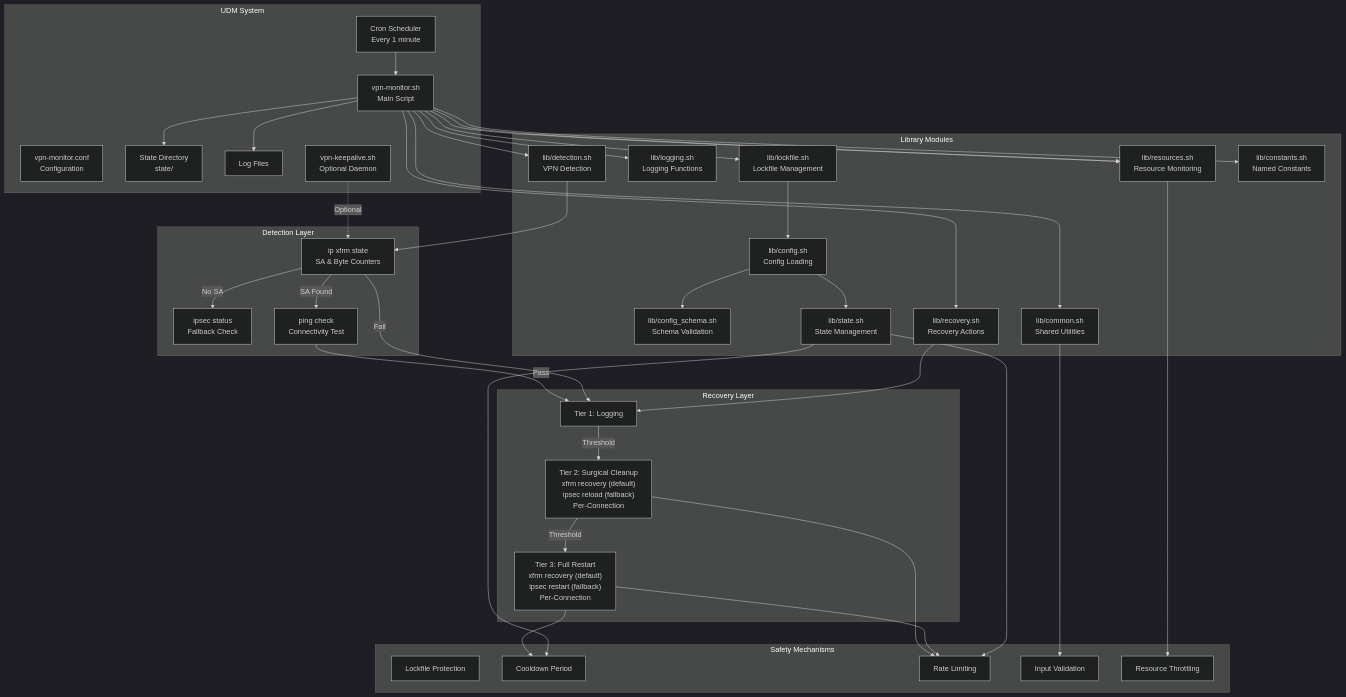
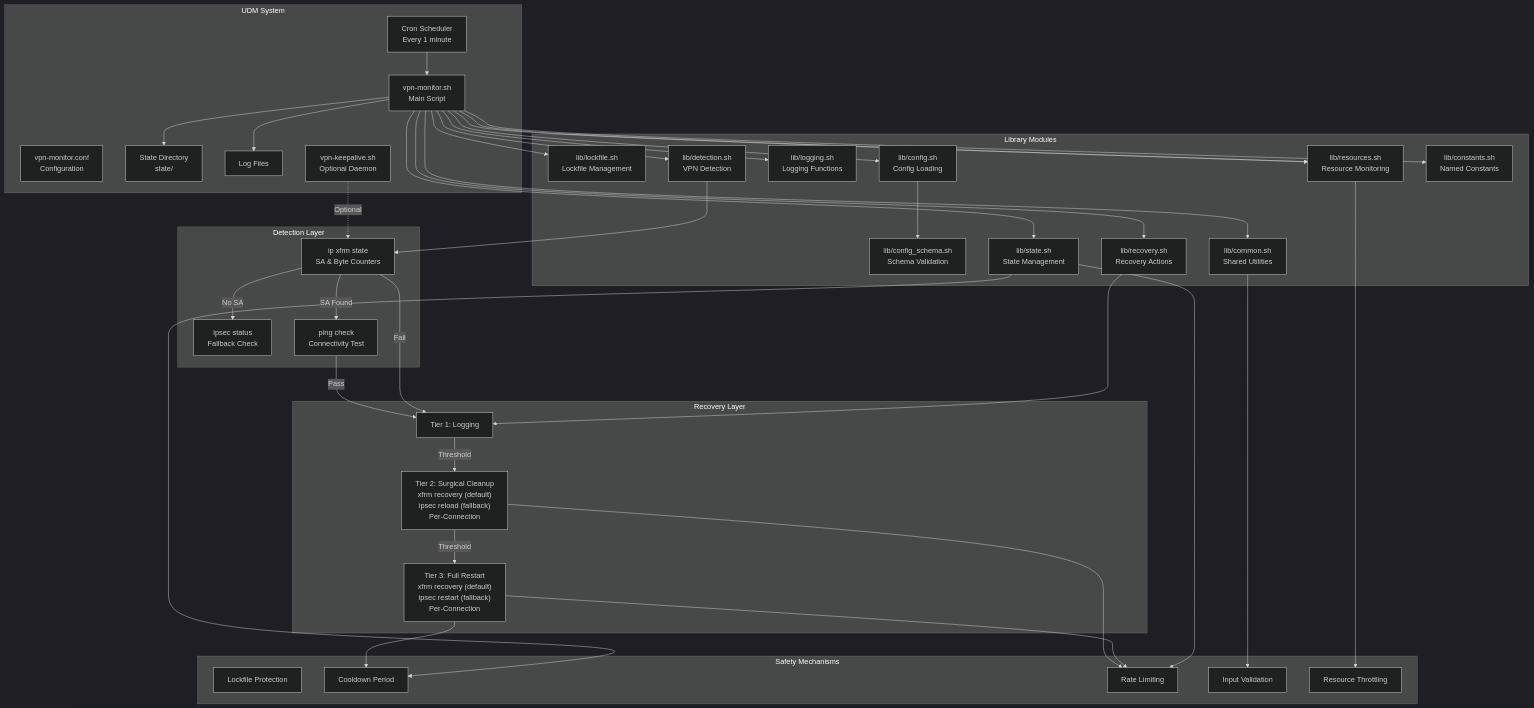
One commit to Eccentric-Quality-Solutions/udm-vpn-monitor changed the first of 6 diagrams in docs/ARCHITECTURE.md. Above: the diagram before and after it, drawn with Mermaid (dark theme). The commit also changed other lines of this file and 10 other files, not shown here.

````diff
--- a/docs/ARCHITECTURE.md
+++ b/docs/ARCHITECTURE.md
@@ -83,79 +91,79 @@
 ```mermaid
 graph TB
     subgraph "UDM System"
         Cron[Cron Scheduler<br/>Every 1 minute]
         MainScript[vpn-monitor.sh<br/>Main Script]
         Config[vpn-monitor.conf<br/>Configuration]
         StateDir["State Directory<br/>state/"]
         LogDir[Log Files]
         Keepalive[vpn-keepalive.sh<br/>Optional Daemon]
     end
-    
+
     subgraph "Library Modules"
         LockfileLib[lib/lockfile.sh<br/>Lockfile Management]
         ConfigLib[lib/config.sh<br/>Config Loading]
         SchemaLib[lib/config_schema.sh<br/>Schema Validation]
         StateLib[lib/state.sh<br/>State Management]
         LoggingLib[lib/logging.sh<br/>Logging Functions]
         ResourcesLib[lib/resources.sh<br/>Resource Monitoring]
         DetectionLib[lib/detection.sh<br/>VPN Detection]
         RecoveryLib[lib/recovery.sh<br/>Recovery Actions]
         CommonLib[lib/common.sh<br/>Shared Utilities]
         ConstantsLib[lib/constants.sh<br/>Named Constants]
     end
-    
+
     subgraph "Detection Layer"
         XfrmCheck[ip xfrm state<br/>SA & Byte Counters]
         IpsecCheck[ipsec status<br/>Fallback Check]
         PingCheck[ping check<br/>Connectivity Test]
     end
-    
+
     subgraph "Recovery Layer"
         Tier1[Tier 1: Logging]
         Tier2["Tier 2: Surgical Cleanup<br/>xfrm recovery (default)<br/>ipsec reload (fallback)<br/>Per-Connection"]
         Tier3["Tier 3: Full Restart<br/>xfrm recovery (default)<br/>ipsec restart (fallback)<br/>Per-Connection"]
     end
-    
+
     subgraph "Safety Mechanisms"
         Lockfile[Lockfile Protection]
         Cooldown[Cooldown Period]
         RateLimit[Rate Limiting]
         Validation[Input Validation]
         ResourceThrottle[Resource Throttling]
     end
-    
+
     Cron --> MainScript
+    MainScript --> ConfigLib
+    ConfigLib --> SchemaLib
     MainScript --> LockfileLib
-    LockfileLib --> ConfigLib
-    ConfigLib --> SchemaLib
-    ConfigLib --> StateLib
+    MainScript --> StateLib
     MainScript --> LoggingLib
     MainScript --> ResourcesLib
     MainScript --> DetectionLib
     MainScript --> RecoveryLib
     MainScript --> CommonLib
     MainScript --> ConstantsLib
-    
+
     DetectionLib --> XfrmCheck
     XfrmCheck -->|No SA| IpsecCheck
     XfrmCheck -->|SA Found| PingCheck
     PingCheck -->|Pass| Tier1
     XfrmCheck -->|Fail| Tier1
-    
+
     RecoveryLib --> Tier1
     Tier1 -->|Threshold| Tier2
     Tier2 -->|Threshold| Tier3
     Tier3 --> Cooldown
     Tier2 --> RateLimit
     Tier3 --> RateLimit
-    
+
     StateLib --> Cooldown
     StateLib --> RateLimit
     CommonLib --> Validation
     ResourcesLib --> ResourceThrottle
-    
+
     MainScript --> ResourcesLib
     MainScript --> StateDir
     MainScript --> LogDir
     Keepalive -.->|Optional| XfrmCheck
 ```
````
